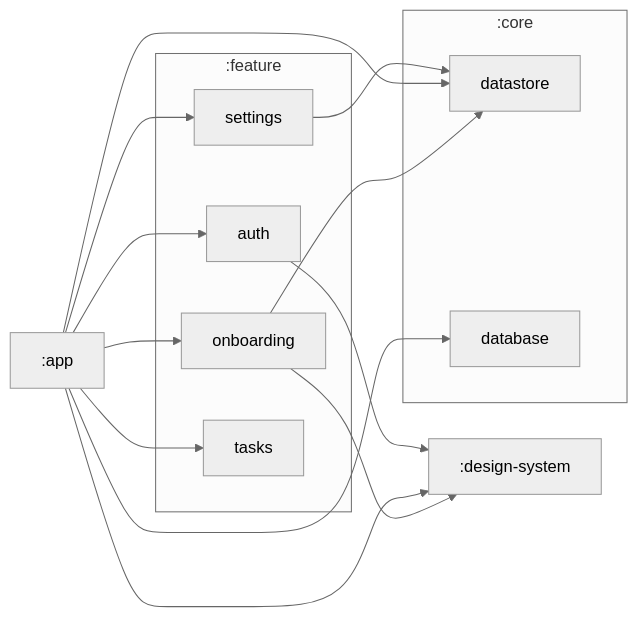
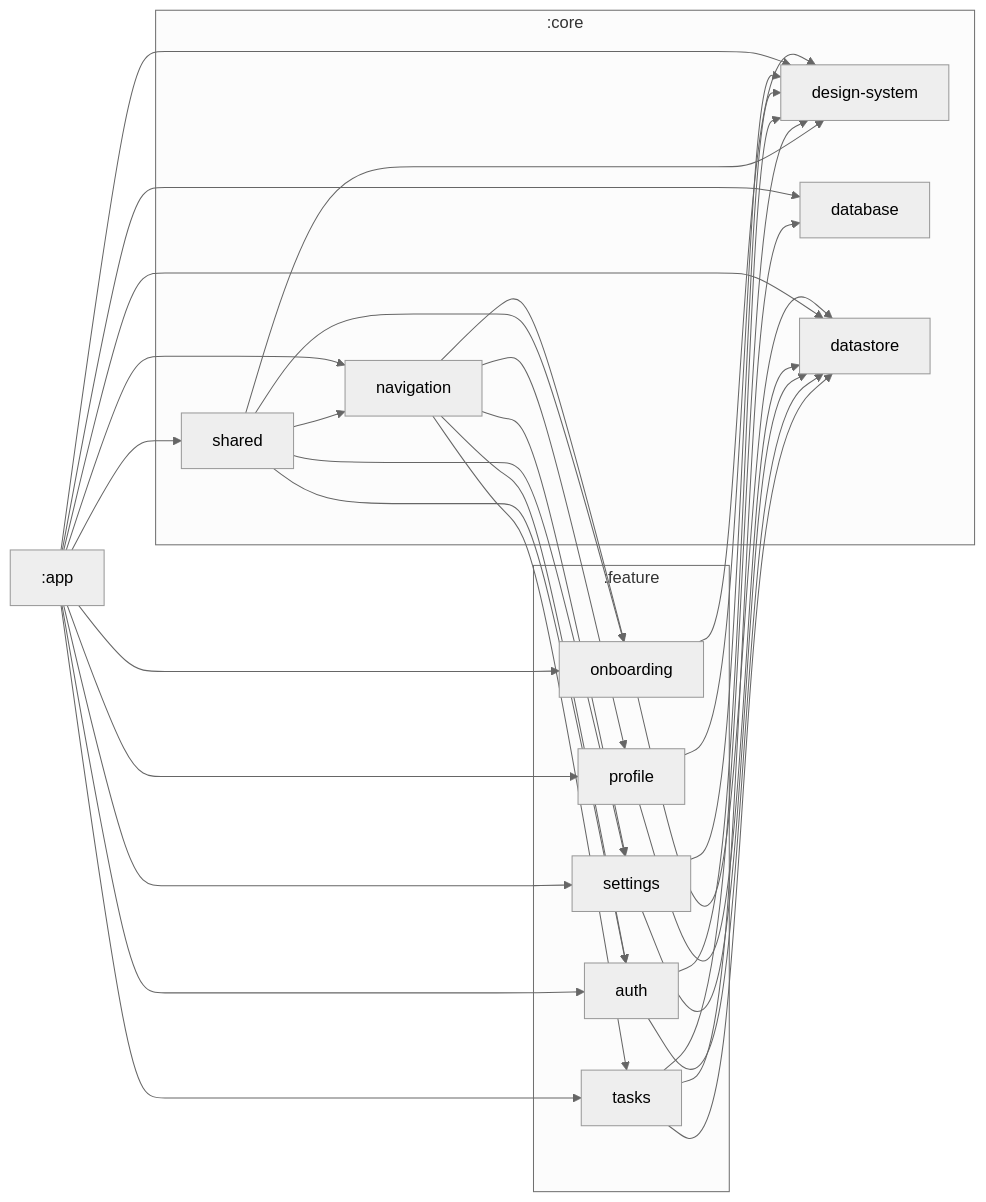
One commit to robert-muriithi/Tasks-App-Compose changed the diagram in README.md. Above: the diagram before and after it, drawn with Mermaid. The commit also changed 29 other files, not shown here.

````diff
--- a/README.md
+++ b/README.md
@@ -3,30 +3,54 @@
 ```mermaid
 %%{
   init: {
     'theme': 'neutral'
   }
 }%%
 
 graph LR
   subgraph :core
+    :core:shared["shared"]
+    :core:design-system["design-system"]
+    :core:navigation["navigation"]
+    :core:database["database"]
     :core:datastore["datastore"]
-    :core:database["database"]
   end
   subgraph :feature
-    :feature:auth["auth"]
     :feature:settings["settings"]
     :feature:onboarding["onboarding"]
+    :feature:auth["auth"]
     :feature:tasks["tasks"]
+    :feature:profile["profile"]
   end
-  :feature:auth --> :design-system
+  :core:shared --> :feature:settings
+  :core:shared --> :feature:onboarding
+  :core:shared --> :feature:auth
+  :core:shared --> :core:design-system
+  :core:shared --> :core:navigation
+  :core:navigation --> :feature:settings
+  :core:navigation --> :feature:onboarding
+  :core:navigation --> :feature:auth
+  :core:navigation --> :feature:tasks
+  :core:navigation --> :feature:profile
+  :feature:tasks --> :core:database
+  :feature:tasks --> :core:design-system
+  :feature:tasks --> :core:datastore
+  :feature:auth --> :core:design-system
+  :feature:auth --> :core:datastore
   :feature:settings --> :core:datastore
+  :feature:settings --> :core:design-system
+  :feature:profile --> :core:design-system
+  :feature:profile --> :core:datastore
   :app --> :core:database
-  :app --> :design-system
+  :app --> :core:design-system
   :app --> :core:datastore
   :app --> :feature:onboarding
   :app --> :feature:settings
   :app --> :feature:tasks
   :app --> :feature:auth
-  :feature:onboarding --> :design-system
+  :app --> :feature:profile
+  :app --> :core:shared
+  :app --> :core:navigation
+  :feature:onboarding --> :core:design-system
   :feature:onboarding --> :core:datastore
 ```
````
